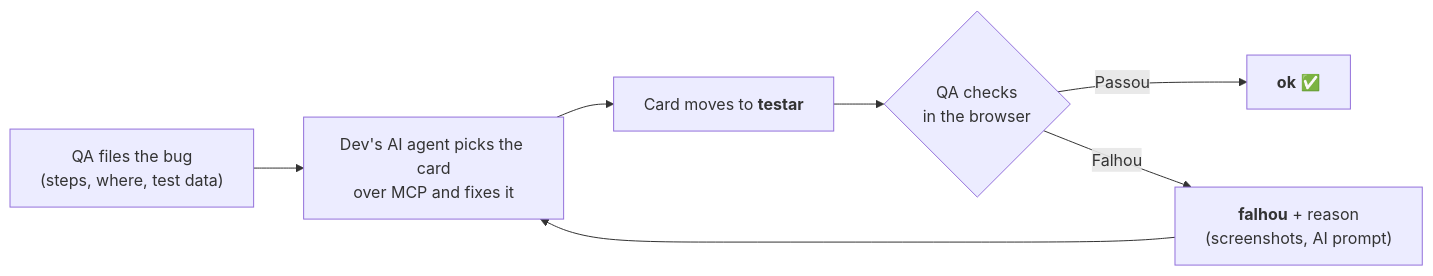
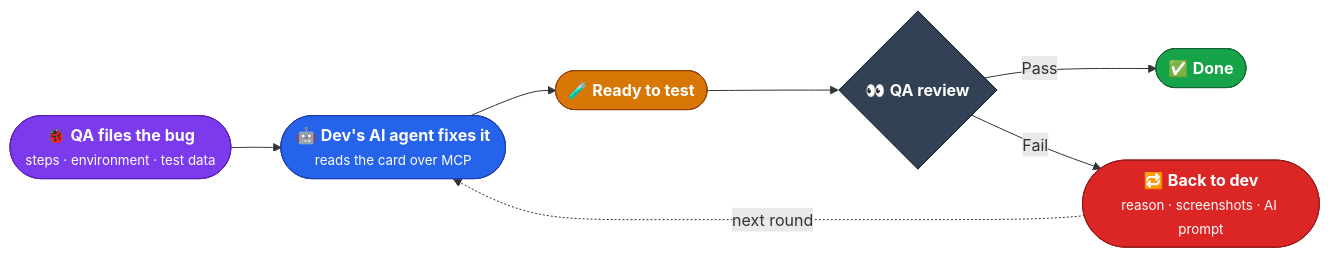
Before and after one commit to pauloemmanuel/bugboard: the diagram in README.md, drawn with Mermaid. The commit also changed other lines of this file, not shown here.

Commit message:
docs: English-only, color-coded workflow diagram

````diff
--- a/README.md
+++ b/README.md
@@ -15,9 +15,28 @@
 ```mermaid
 flowchart LR
-    QA["QA files the bug<br/>(steps, where, test data)"] --> DEV["Dev's AI agent picks the card<br/>over MCP and fixes it"]
-    DEV --> TEST["Card moves to <b>testar</b>"]
-    TEST --> CHECK{"QA checks<br/>in the browser"}
-    CHECK -- Passou --> OK["<b>ok</b> ✅"]
-    CHECK -- Falhou --> BACK["<b>falhou</b> + reason<br/>(screenshots, AI prompt)"]
-    BACK --> DEV
+    QA(["🐞 <b>QA files the bug</b><br/><small>steps · environment · test data</small>"])
+    DEV(["🤖 <b>Dev's AI agent fixes it</b><br/><small>reads the card over MCP</small>"])
+    TEST(["🧪 <b>Ready to test</b>"])
+    CHECK{"👀 <b>QA review</b>"}
+    OK(["✅ <b>Done</b>"])
+    BACK(["🔁 <b>Back to dev</b><br/><small>reason · screenshots · AI prompt</small>"])
+
+    QA --> DEV --> TEST --> CHECK
+    CHECK -->|Pass| OK
+    CHECK -->|Fail| BACK
+    BACK -.->|next round| DEV
+
+    classDef qa fill:#7c3aed,stroke:#5b21b6,color:#fff
+    classDef dev fill:#2563eb,stroke:#1e40af,color:#fff
+    classDef test fill:#d97706,stroke:#92400e,color:#fff
+    classDef review fill:#334155,stroke:#0f172a,color:#fff
+    classDef pass fill:#16a34a,stroke:#166534,color:#fff
+    classDef fail fill:#dc2626,stroke:#991b1b,color:#fff
+
+    class QA qa
+    class DEV dev
+    class TEST test
+    class CHECK review
+    class OK pass
+    class BACK fail
 ```
````
